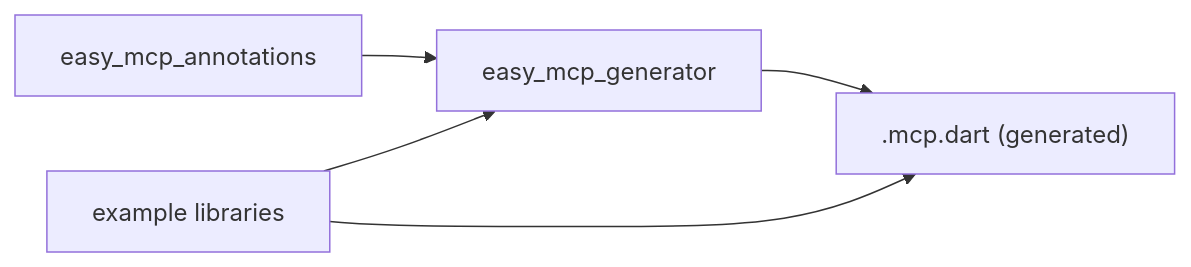
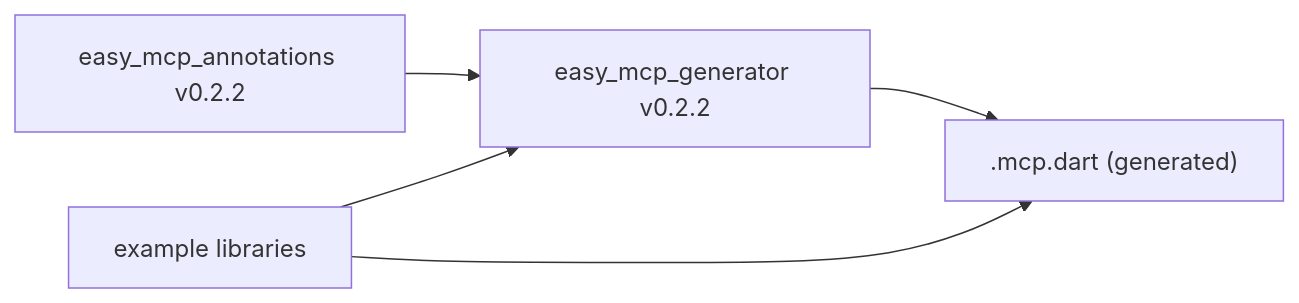
One commit to cdavis-code/easy_mcp_workspace changed the sixth of 6 diagrams in .qoder/repowiki/en/content/Project Overview.md. Above: the diagram before and after it, drawn with Mermaid. The commit also changed other lines of this file and 16 other files, not shown here.

````diff
--- a/.qoder/repowiki/en/content/Project Overview.md
+++ b/.qoder/repowiki/en/content/Project Overview.md
@@ -258,7 +269,7 @@
 ```mermaid
 graph LR
-ANNO["easy_mcp_annotations"] --> GEN["easy_mcp_generator"]
+ANNO["easy_mcp_annotations v0.2.2"] --> GEN["easy_mcp_generator v0.2.2"]
 GEN --> OUT[".mcp.dart (generated)"]
 EX["example libraries"] --> GEN
 EX --> OUT
 ```
````
